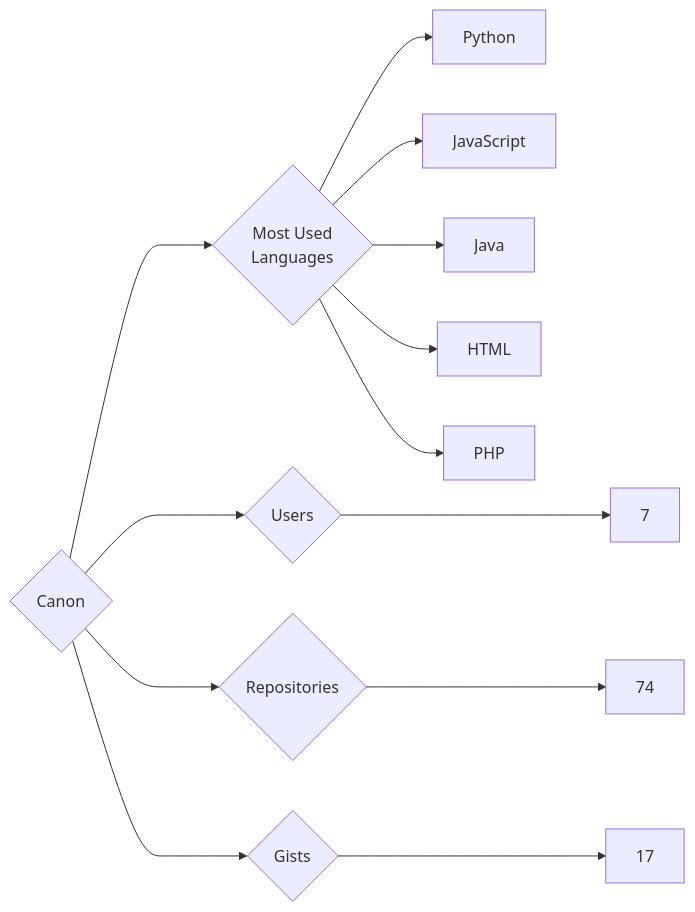
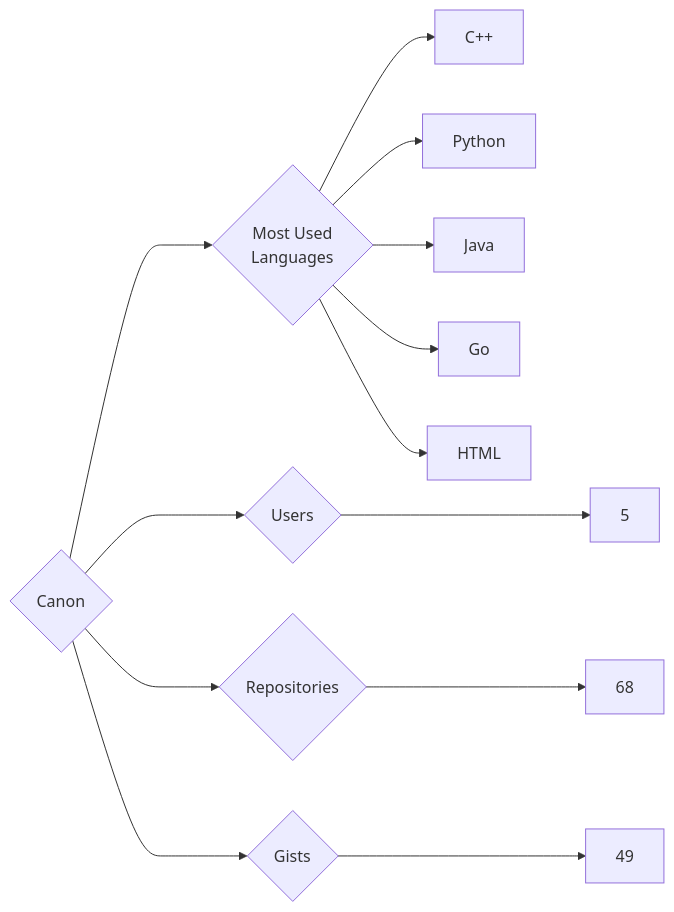
The diagram in targets/Canon/README.md (trickest/insiders), drawn with Mermaid before and after one commit. The commit also changed 1084 other files, not shown here.

````diff
--- a/targets/Canon/README.md
+++ b/targets/Canon/README.md
@@ -3,13 +3,13 @@
 ```mermaid
 graph LR
 COMPANY_NAME{Canon}
-COMPANY_NAME ---> U{Users} ---> UN[7]
-COMPANY_NAME ---> R{Repositories} ---> RN[74]
-COMPANY_NAME ---> G{Gists} ---> GN[17]
+COMPANY_NAME ---> U{Users} ---> UN[5]
+COMPANY_NAME ---> R{Repositories} ---> RN[68]
+COMPANY_NAME ---> G{Gists} ---> GN[49]
 COMPANY_NAME ---> ML{Most Used<br>Languages}
+ML --> C++[C++]
 ML --> Python[Python]
-ML --> JavaScript[JavaScript]
 ML --> Java[Java]
+ML --> Go[Go]
 ML --> HTML[HTML]
-ML --> PHP[PHP]
 ```
````
